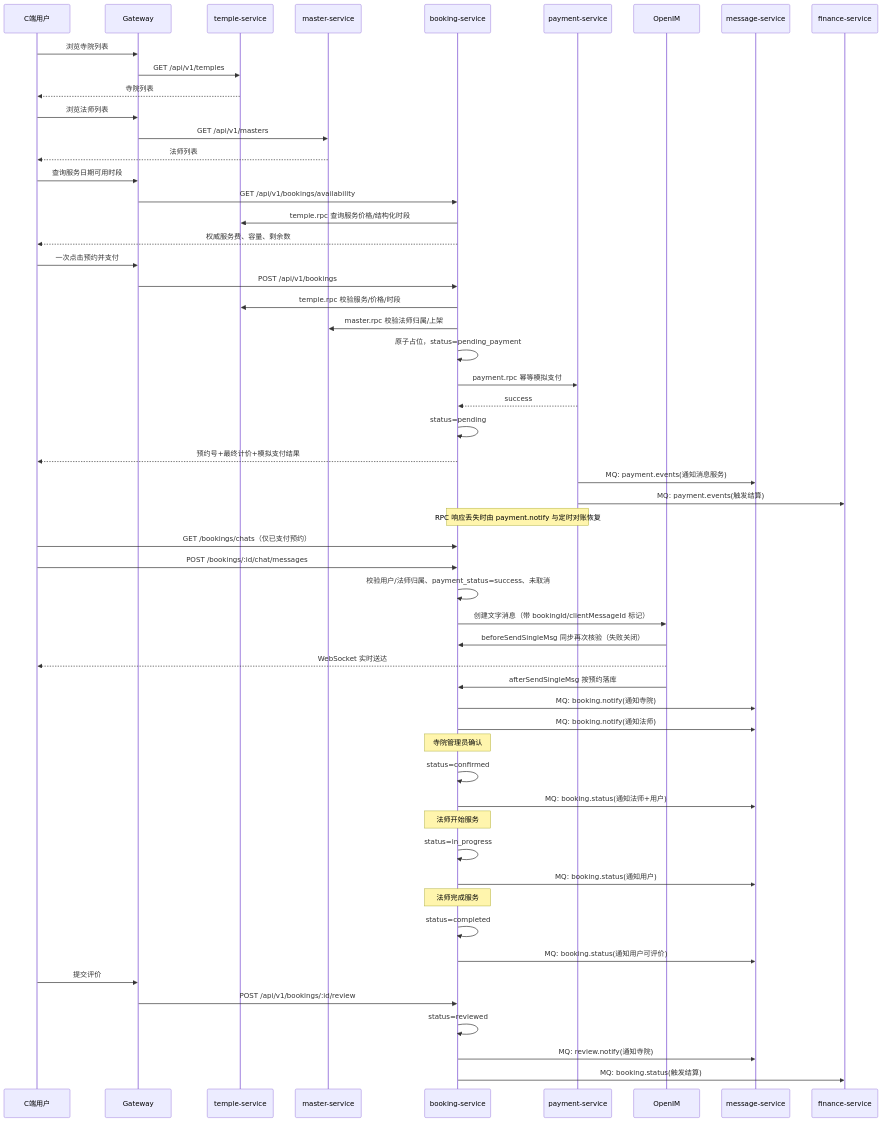
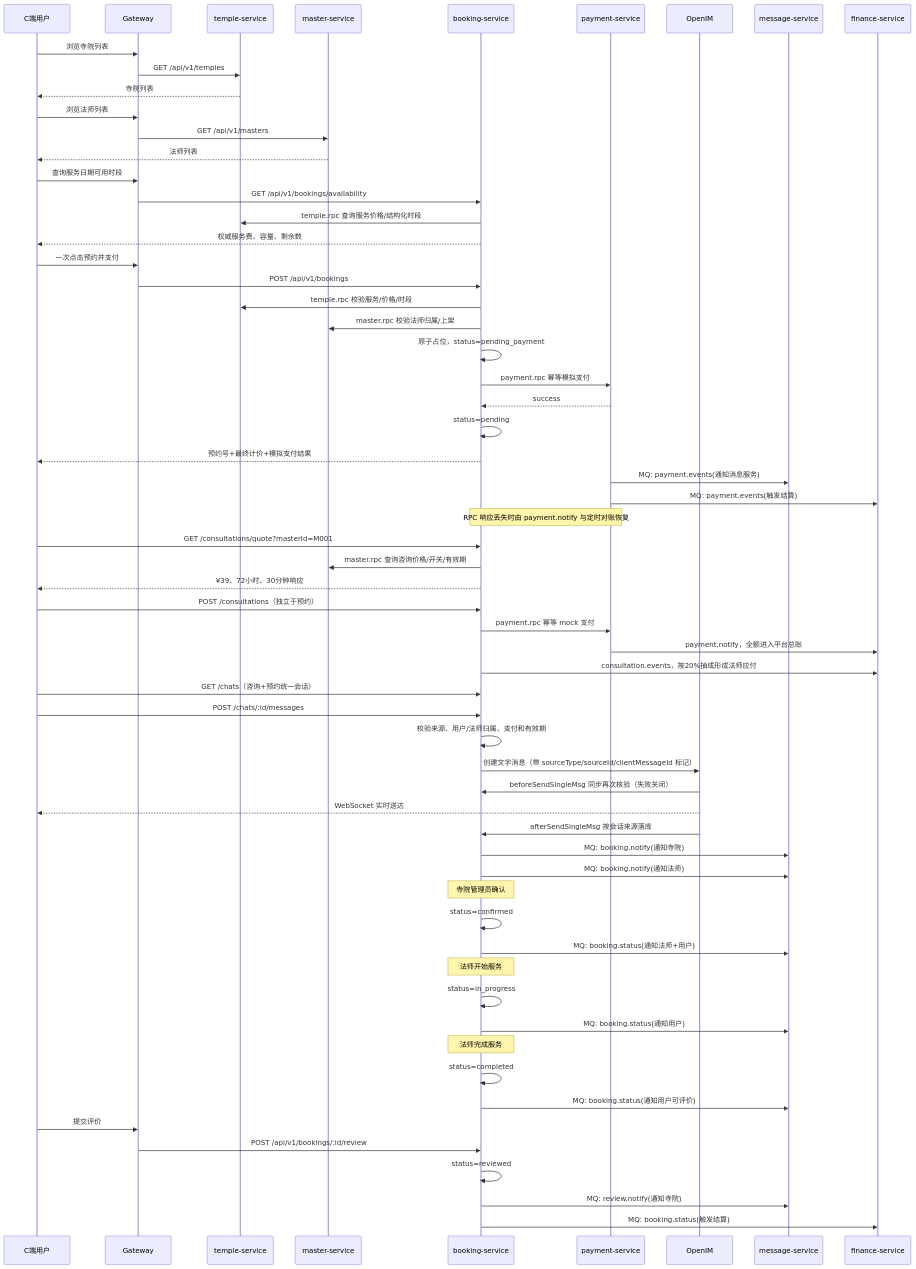
One commit to askxuan-dongfang/askxuan-docs changed the second of 13 diagrams in docs/architecture/业务流程.md. Above: the diagram before and after it, drawn with Mermaid. The commit also changed 15 other files, not shown here.

Commit message:
docs: align consultation navigation and runtime status

````diff
--- a/docs/architecture/业务流程.md
+++ b/docs/architecture/业务流程.md
@@ -53,67 +53,74 @@
 ```mermaid
 sequenceDiagram
     participant U as C端用户
     participant GW as Gateway
     participant T as temple-service
     participant M as master-service
     participant B as booking-service
     participant P as payment-service
     participant IM as OpenIM
     participant MSG as message-service
     participant F as finance-service
 
     U->>GW: 浏览寺院列表
     GW->>T: GET /api/v1/temples
     T-->>U: 寺院列表
 
     U->>GW: 浏览法师列表
     GW->>M: GET /api/v1/masters
     M-->>U: 法师列表
 
 	U->>GW: 查询服务日期可用时段
 	GW->>B: GET /api/v1/bookings/availability
 	B->>T: temple.rpc 查询服务价格/结构化时段
 	B-->>U: 权威服务费、容量、剩余数
 
 	U->>GW: 一次点击预约并支付
     GW->>B: POST /api/v1/bookings
 	B->>T: temple.rpc 校验服务/价格/时段
 	B->>M: master.rpc 校验法师归属/上架
 	B->>B: 原子占位，status=pending_payment
 	B->>P: payment.rpc 幂等模拟支付
 	P-->>B: success
 	B->>B: status=pending
 	B-->>U: 预约号+最终计价+模拟支付结果
     P->>MSG: MQ: payment.events(通知消息服务)
     P->>F: MQ: payment.events(触发结算)
 	Note over B,P: RPC 响应丢失时由 payment.notify 与定时对账恢复
 
-	U->>B: GET /bookings/chats（仅已支付预约）
-	U->>B: POST /bookings/:id/chat/messages
-	B->>B: 校验用户/法师归属、payment_status=success、未取消
-	B->>IM: 创建文字消息（带 bookingId/clientMessageId 标记）
+	U->>B: GET /consultations/quote?masterId=M001
+	B->>M: master.rpc 查询咨询价格/开关/有效期
+	B-->>U: ¥39、72小时、30分钟响应
+	U->>B: POST /consultations（独立于预约）
+	B->>P: payment.rpc 幂等 mock 支付
+	P->>F: payment.notify，全额进入平台总账
+	B->>F: consultation.events，按20%抽成形成法师应付
+	U->>B: GET /chats（咨询+预约统一会话）
+	U->>B: POST /chats/:id/messages
+	B->>B: 校验来源、用户/法师归属、支付和有效期
+	B->>IM: 创建文字消息（带 sourceType/sourceId/clientMessageId 标记）
 	IM->>B: beforeSendSingleMsg 同步再次核验（失败关闭）
 	IM-->>U: WebSocket 实时送达
-	IM->>B: afterSendSingleMsg 按预约落库
+	IM->>B: afterSendSingleMsg 按会话来源落库
 
     B->>MSG: MQ: booking.notify(通知寺院)
     B->>MSG: MQ: booking.notify(通知法师)
 
     Note over B: 寺院管理员确认
     B->>B: status=confirmed
     B->>MSG: MQ: booking.status(通知法师+用户)
 
     Note over B: 法师开始服务
     B->>B: status=in_progress
     B->>MSG: MQ: booking.status(通知用户)
 
     Note over B: 法师完成服务
     B->>B: status=completed
     B->>MSG: MQ: booking.status(通知用户可评价)
 
     U->>GW: 提交评价
     GW->>B: POST /api/v1/bookings/:id/review
     B->>B: status=reviewed
     B->>MSG: MQ: review.notify(通知寺院)
     B->>F: MQ: booking.status(触发结算)
 ```
````
